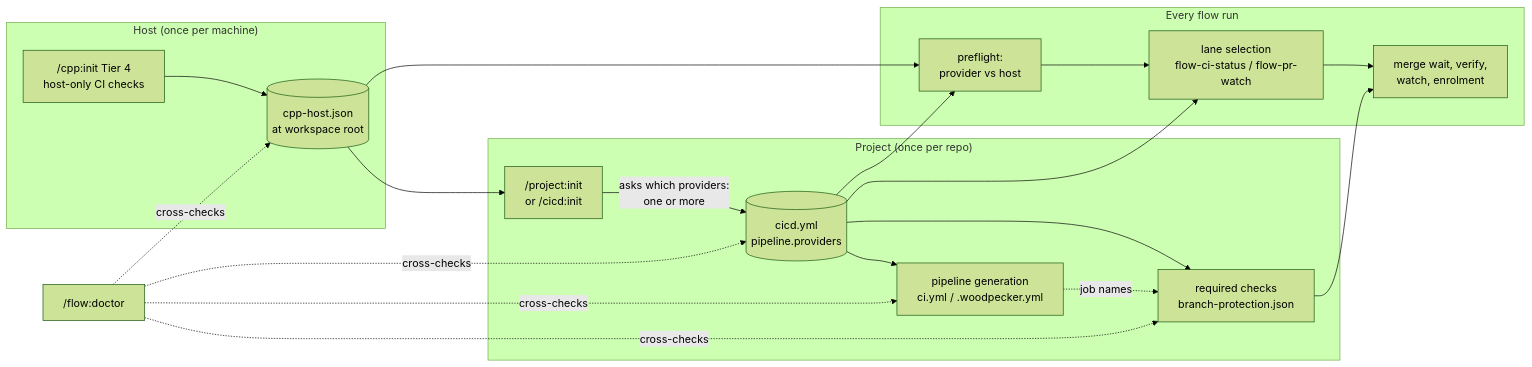
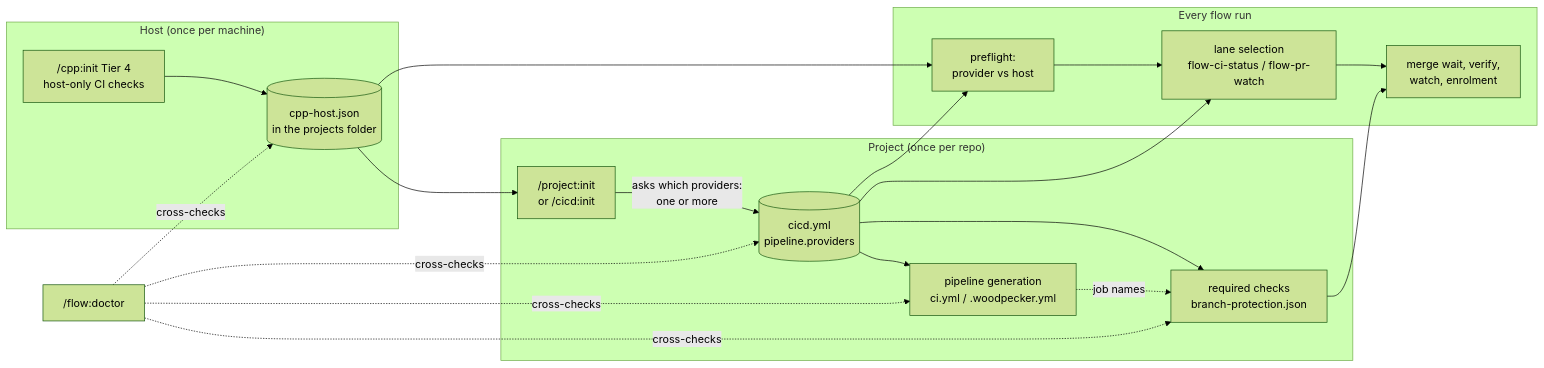
One commit to cooneycw/claude-power-pack changed the first of 2 diagrams in docs/architecture/ci-provider-chain.md. Above: the diagram before and after it, drawn with Mermaid (forest theme). The commit also changed other lines of this file and 1 other file, not shown here.

First line of the commit message:
docs(adr): record the fork-PR warn ruling and the one-projects-folder host record (Refs #1612)

````diff
--- a/docs/architecture/ci-provider-chain.md
+++ b/docs/architecture/ci-provider-chain.md
@@ -28,22 +28,22 @@
 ```mermaid
 flowchart LR
     subgraph host["Host (once per machine)"]
-        CI["/cpp:init Tier 4<br/>host-only CI checks"] --> HR[("cpp-host.json<br/>at workspace root")]
+        CI["/cpp:init Tier 4<br/>host-only CI checks"] --> HR[("cpp-host.json<br/>in the projects folder")]
     end
     subgraph project["Project (once per repo)"]
         PI["/project:init<br/>or /cicd:init"] -->|asks which providers:<br/>one or more| PR[("cicd.yml<br/>pipeline.providers")]
         PR --> GEN["pipeline generation<br/>ci.yml / .woodpecker.yml"]
         PR --> BP["required checks<br/>branch-protection.json"]
         GEN -. job names .-> BP
     end
     subgraph flow["Every flow run"]
         PRE["preflight:<br/>provider vs host"] --> LANE["lane selection<br/>flow-ci-status / flow-pr-watch"]
         LANE --> MERGE["merge wait, verify,<br/>watch, enrolment"]
     end
     HR --> PI
     HR --> PRE
     PR --> PRE
     PR --> LANE
     BP --> MERGE
     DOC["/flow:doctor"] -. cross-checks .-> HR & PR & GEN & BP
 ```
````
